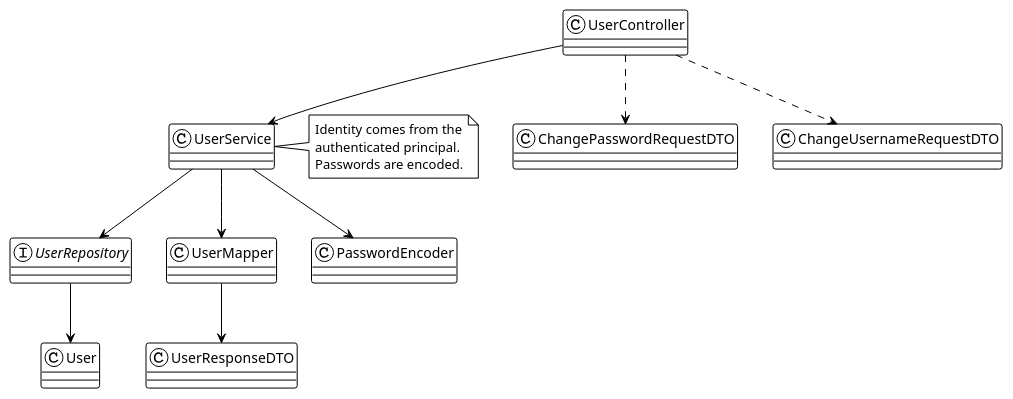
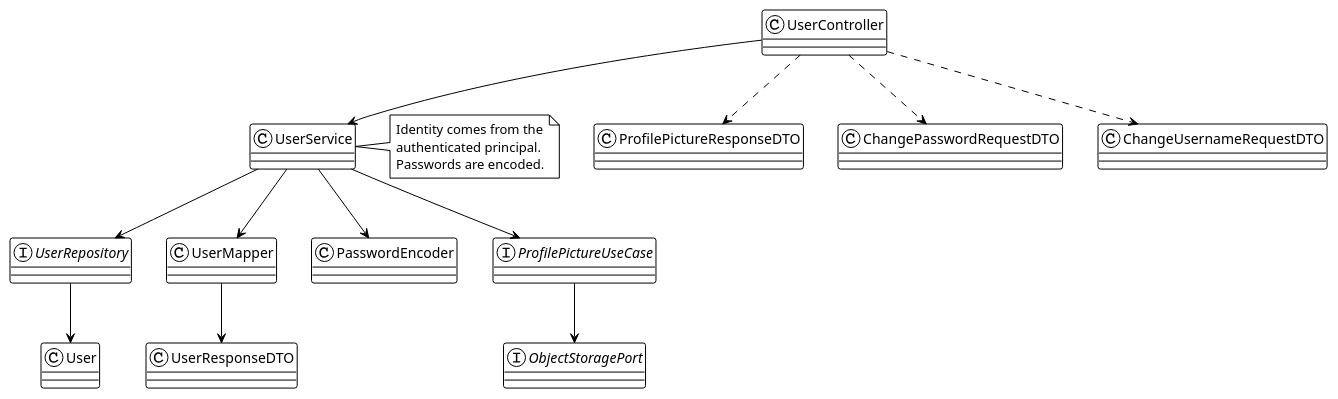
One commit to genesshoan/fitness-tracker-api changed the diagram in docs/user/user-architecture.puml. Above: the diagram before and after it, drawn with PlantUML. The commit also changed 7 other files, not shown here.

First line of the commit message:
docs: update user profile picture documentation

```diff
--- a/docs/user/user-architecture.puml
+++ b/docs/user/user-architecture.puml
@@ -1,28 +1,34 @@
 @startuml
 !theme plain
 
 class UserController
 class UserService
 interface UserRepository
 class UserMapper
 class User
 class UserResponseDTO
+class ProfilePictureResponseDTO
 class ChangePasswordRequestDTO
 class ChangeUsernameRequestDTO
 class PasswordEncoder
+interface ProfilePictureUseCase
+interface ObjectStoragePort
 
 UserController --> UserService
 UserService --> UserRepository
 UserService --> UserMapper
 UserService --> PasswordEncoder
+UserService --> ProfilePictureUseCase
+ProfilePictureUseCase --> ObjectStoragePort
 UserRepository --> User
 UserMapper --> UserResponseDTO
+UserController ..> ProfilePictureResponseDTO
 UserController ..> ChangePasswordRequestDTO
 UserController ..> ChangeUsernameRequestDTO
 
 note right of UserService
   Identity comes from the
   authenticated principal.
   Passwords are encoded.
 end note
 @enduml
```
